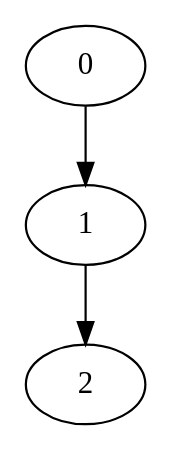
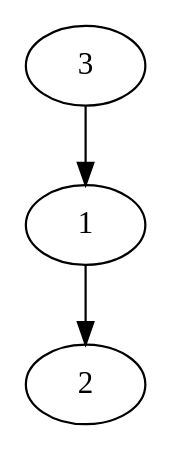
Before and after one commit to sleeepyskies/saarvive-selab23: the diagram in src/systemtest/resources/mapFiles/validMapSmall.dot, drawn with Graphviz. The commit also changed 27 other files, not shown here.

```diff
--- a/src/systemtest/resources/mapFiles/validMapSmall.dot
+++ b/src/systemtest/resources/mapFiles/validMapSmall.dot
@@ -1,8 +1,8 @@
 digraph G {
-	0;
+	3;
 	1;
 	2;
 
-	0 -> 1 [village=Bikini_Bottom; name=Krusty_Krab_Street; heightLimit=3; weight=10; primaryType=sideStreet; secondaryType=none;];
+	3 -> 1 [village=Bikini_Bottom; name=Krusty_Krab_Street; heightLimit=3; weight=10; primaryType=sideStreet; secondaryType=none;];
 	1 -> 2 [village=Bikini_Bottom; name=Not_Krusty_Krab_Street; heightLimit=5; weight=10; primaryType=mainStreet; secondaryType=none;];
 }
```
